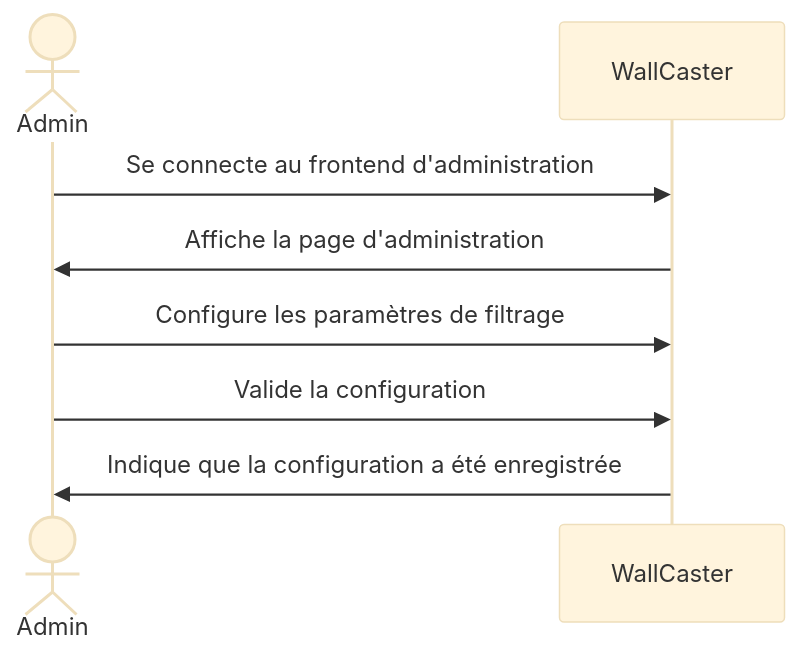
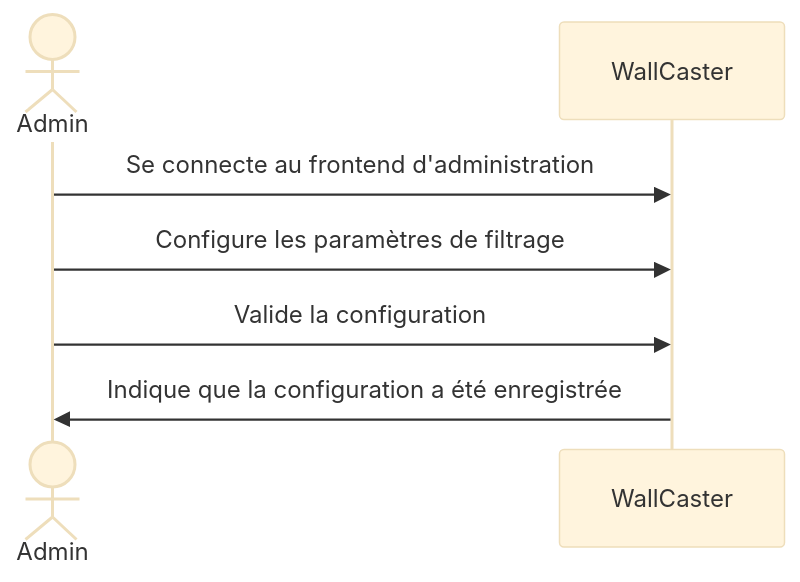
One commit to WallCaster/WallCaster changed the tenth of 11 diagrams in doc/analisis-report.md. Above: the diagram before and after it, drawn with Mermaid (base theme). The commit also changed other lines of this file and 1 other file, not shown here.

````diff
--- a/doc/analisis-report.md
+++ b/doc/analisis-report.md
@@ -166,12 +167,12 @@
 ```mermaid
 sequenceDiagram
   actor A as Admin
   participant W as WallCaster
 
   A ->> W : Se connecte au frontend d'administration
-  W ->> A : Affiche la page d'administration
+
   A ->> W : Configure les paramètres de filtrage
   A ->> W : Valide la configuration
 
   W ->> A : Indique que la configuration a été enregistrée
 ```
````
